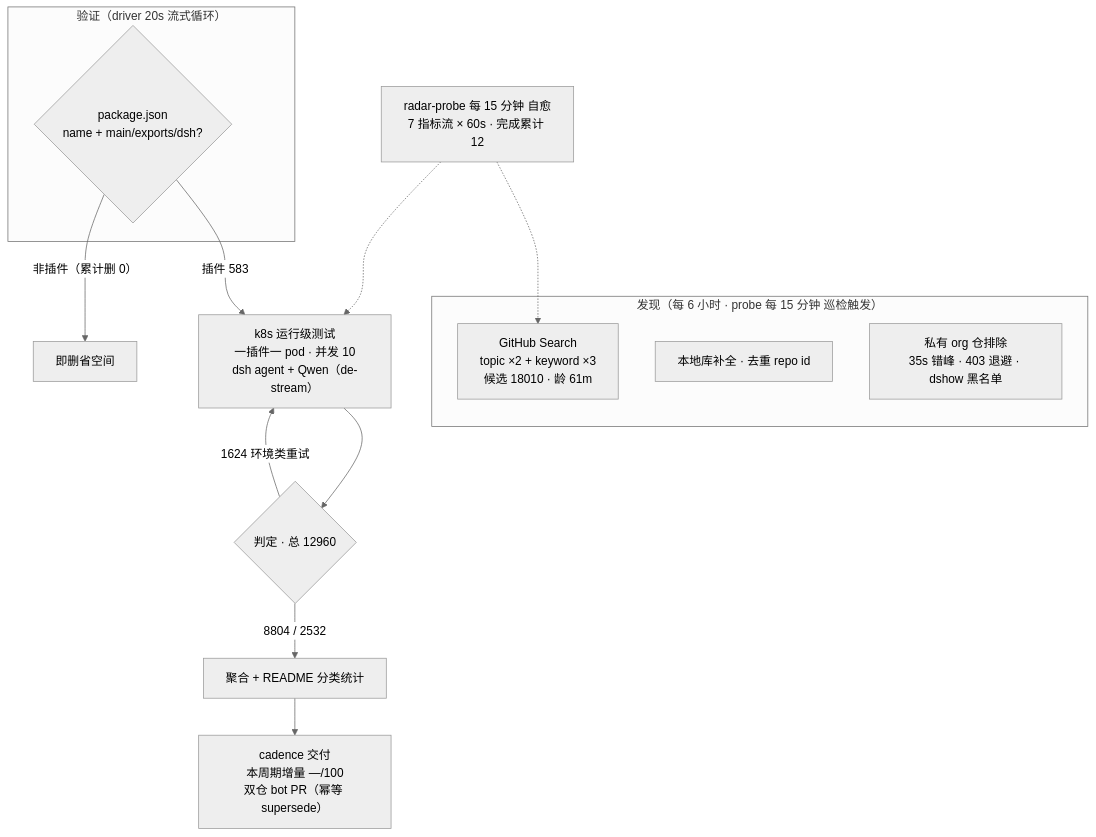
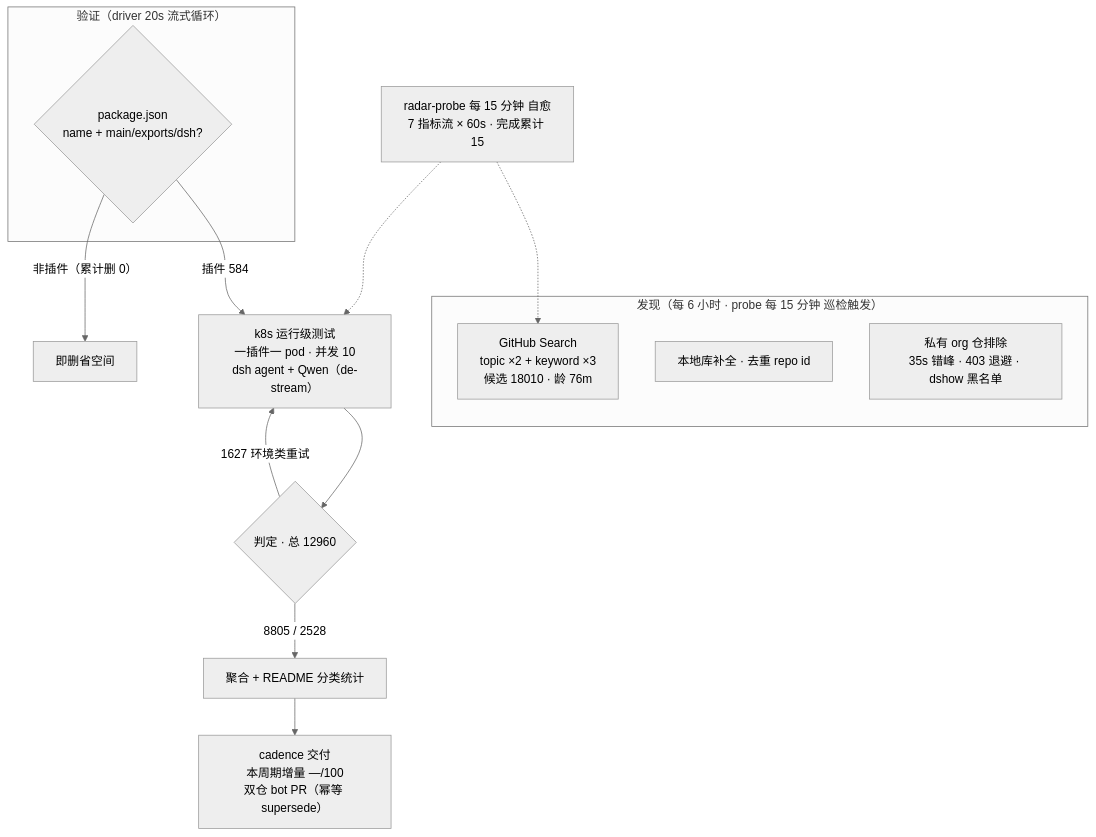
Before and after one commit to AdamPlatin123/awesome-dsh-plugins: the diagram in README.md, drawn with Mermaid (neutral theme). The commit also changed other lines of this file and 5 other files, not shown here.

````diff
--- a/README.md
+++ b/README.md
@@ -52,20 +52,20 @@
 ```mermaid
 flowchart TB
     subgraph Discovery["发现（每 6 小时 · probe 每 15 分钟 巡检触发）"]
-        A1["GitHub Search<br/>topic ×2 + keyword ×3<br/>候选 18010 · 龄 61m"]
+        A1["GitHub Search<br/>topic ×2 + keyword ×3<br/>候选 18010 · 龄 76m"]
         A2["本地库补全 · 去重 repo id"]
         A3["私有 org 仓排除<br/>35s 错峰 · 403 退避 · dshow 黑名单"]
     end
     subgraph Validation["验证（driver 20s 流式循环）"]
         B1{"package.json<br/>name + main/exports/dsh?"}
     end
-    B1 -->|"插件 583"| C1["k8s 运行级测试<br/>一插件一 pod · 并发 10<br/>dsh agent + Qwen（de-stream）"]
+    B1 -->|"插件 584"| C1["k8s 运行级测试<br/>一插件一 pod · 并发 10<br/>dsh agent + Qwen（de-stream）"]
     B1 -->|"非插件（累计删 0）"| B3["即删省空间"]
     C1 --> D1{"判定 · 总 12960"}
-    D1 -->|"8804 / 2532"| E1["聚合 + README 分类统计"]
-    D1 -->|"1624 环境类重试"| C1
+    D1 -->|"8805 / 2528"| E1["聚合 + README 分类统计"]
+    D1 -->|"1627 环境类重试"| C1
     E1 --> E2["cadence 交付<br/>本周期增量 —/100<br/>双仓 bot PR（幂等 supersede）"]
-    M["radar-probe 每 15 分钟 自愈<br/>7 指标流 × 60s · 完成累计 12"]
+    M["radar-probe 每 15 分钟 自愈<br/>7 指标流 × 60s · 完成累计 15"]
     M -.-> A1
     M -.-> C1
 ```
````
